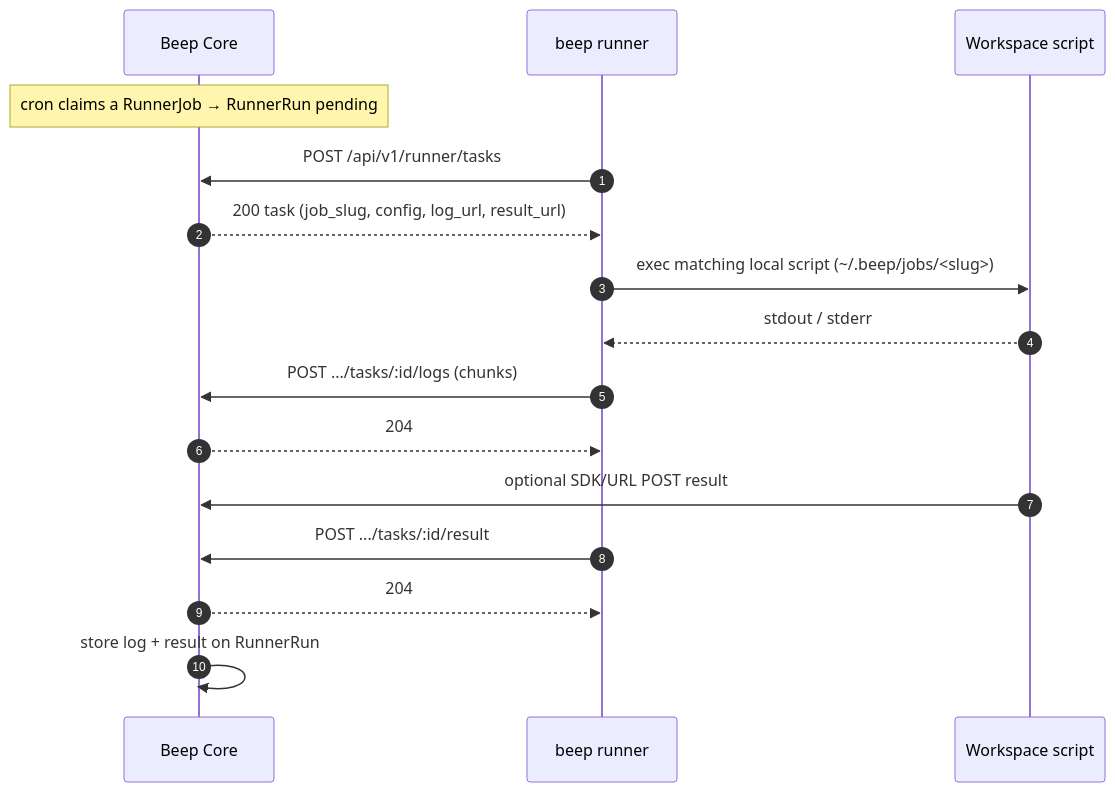
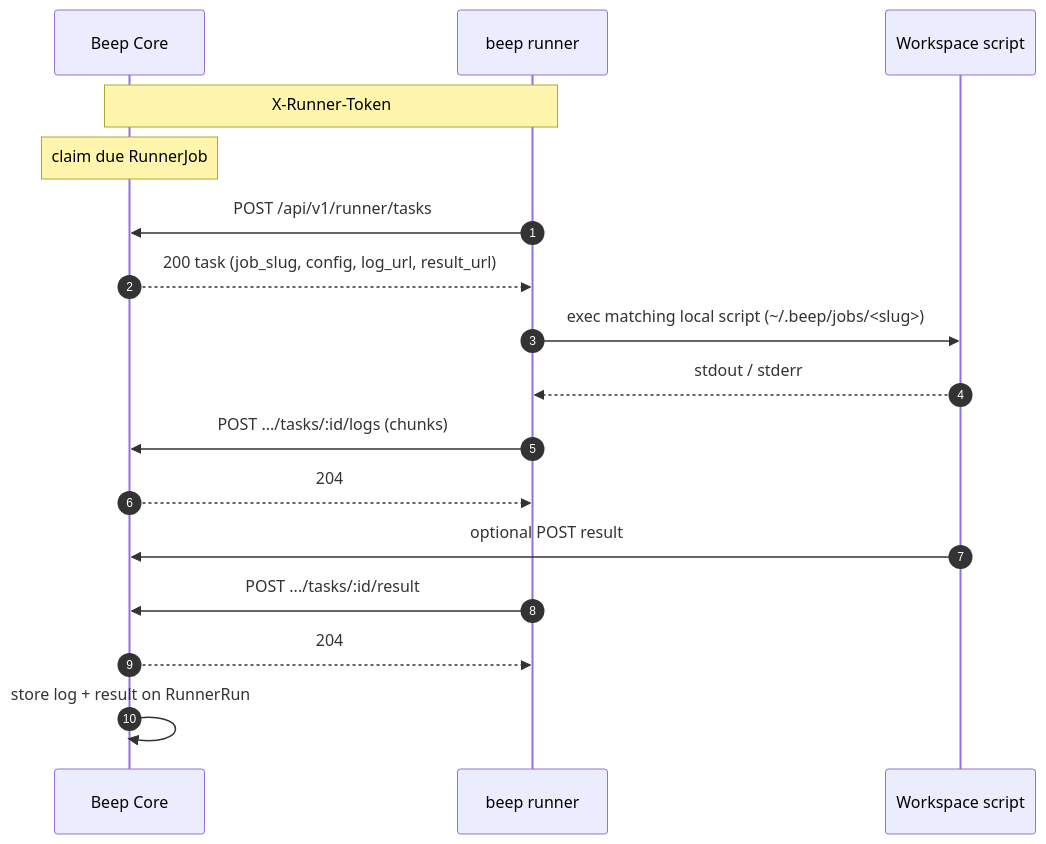
One commit to yuler/beep changed the diagram in docs/architecture/runner.md. Above: the diagram before and after it, drawn with Mermaid. The commit also changed other lines of this file and 12 other files, not shown here.

````diff
--- a/docs/architecture/runner.md
+++ b/docs/architecture/runner.md
@@ -7,19 +7,20 @@
 ```mermaid
 sequenceDiagram
   autonumber
   participant Core as Beep Core
   participant Runner as beep runner
   participant Script as Workspace script
 
-  Note over Core: cron claims a RunnerJob → RunnerRun pending
+  Note over Runner,Core: X-Runner-Token
+  Note over Core: claim due RunnerJob
   Runner->>Core: POST /api/v1/runner/tasks
   Core-->>Runner: 200 task (job_slug, config, log_url, result_url)
   Runner->>Script: exec matching local script (~/.beep/jobs/<slug>)
   Script-->>Runner: stdout / stderr
   Runner->>Core: POST .../tasks/:id/logs (chunks)
   Core-->>Runner: 204
-  Script->>Core: optional SDK/URL POST result
+  Script->>Core: optional POST result
   Runner->>Core: POST .../tasks/:id/result
   Core-->>Runner: 204
   Core->>Core: store log + result on RunnerRun
 ```
````
